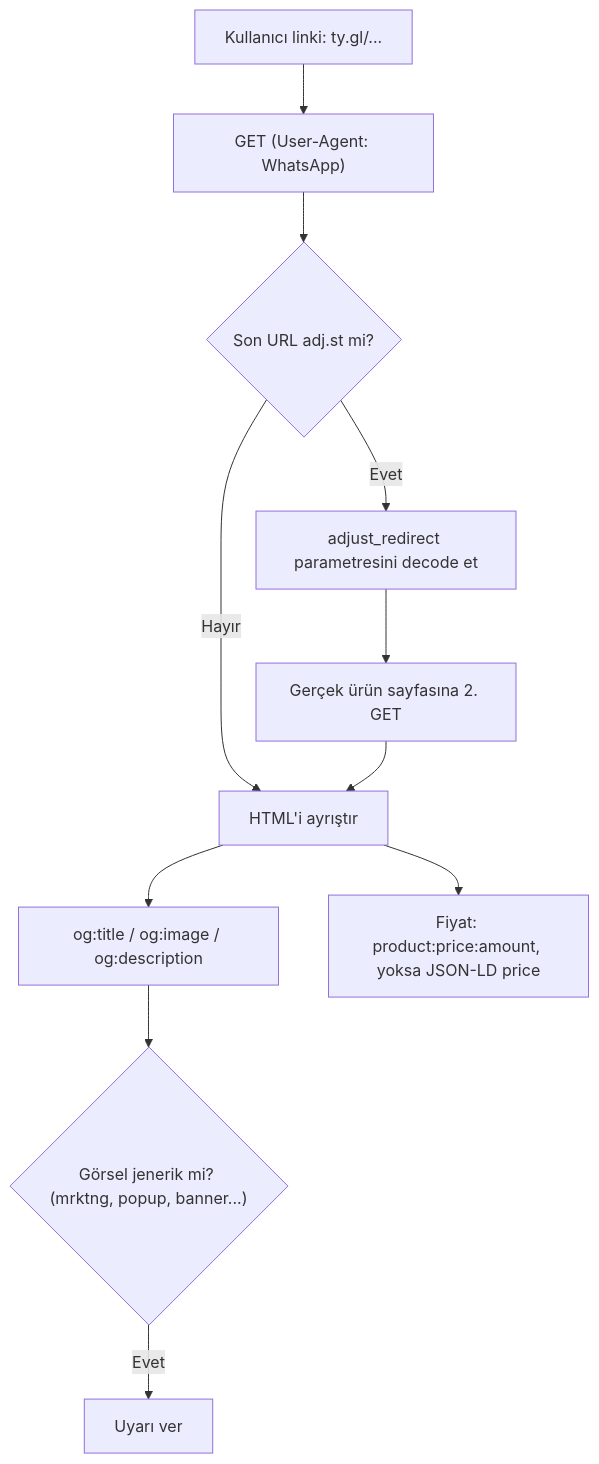
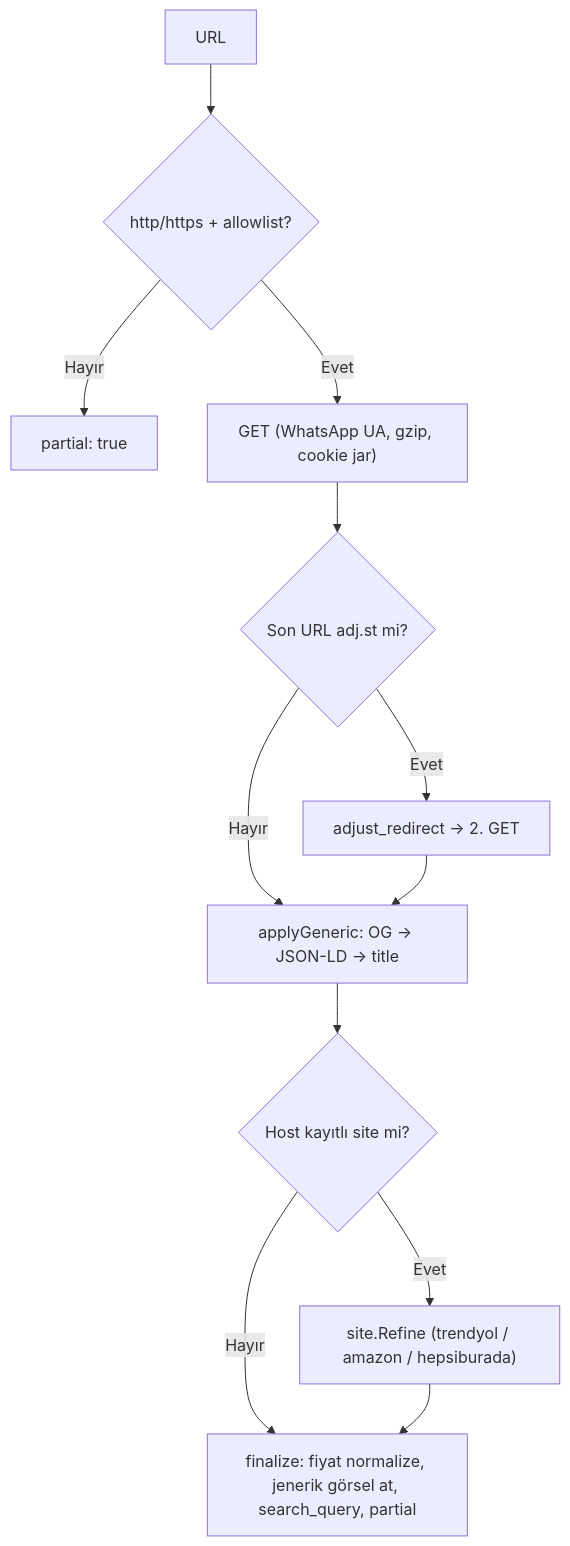
One commit to MSheker20/CovertGift changed the diagram in prototypes/linkpreview/README.md. Above: the diagram before and after it, drawn with Mermaid. The commit also changed other lines of this file and 21 other files, not shown here.

Commit message:
feat(linkpreview): Faz 5 modüler ürün linki önizleme ve SSRF kalkanı entegrasyonu

````diff
--- a/prototypes/linkpreview/README.md
+++ b/prototypes/linkpreview/README.md
@@ -17,13 +32,14 @@
 ```mermaid
 flowchart TD
-    A["Kullanıcı linki: ty.gl/..."] --> B["GET (User-Agent: WhatsApp)"]
+    A["URL"] --> V{"http/https + allowlist?"}
+    V -- Hayır --> X["partial: true"]
+    V -- Evet --> B["GET (WhatsApp UA, gzip, cookie jar)"]
     B --> C{"Son URL adj.st mi?"}
-    C -- Evet --> D["adjust_redirect parametresini decode et"]
-    D --> E["Gerçek ürün sayfasına 2. GET"]
-    C -- Hayır --> F["HTML'i ayrıştır"]
-    E --> F
-    F --> G["og:title / og:image / og:description"]
-    F --> H["Fiyat: product:price:amount, yoksa JSON-LD price"]
-    G --> I{"Görsel jenerik mi? (mrktng, popup, banner...)"}
-    I -- Evet --> J["Uyarı ver"]
+    C -- Evet --> D["adjust_redirect → 2. GET"]
+    C -- Hayır --> G["applyGeneric: OG → JSON-LD → title"]
+    D --> G
+    G --> S{"Host kayıtlı site mi?"}
+    S -- Evet --> R["site.Refine (trendyol / amazon / hepsiburada)"]
+    S -- Hayır --> F
+    R --> F["finalize: fiyat normalize, jenerik görsel at, search_query, partial"]
 ```
````
